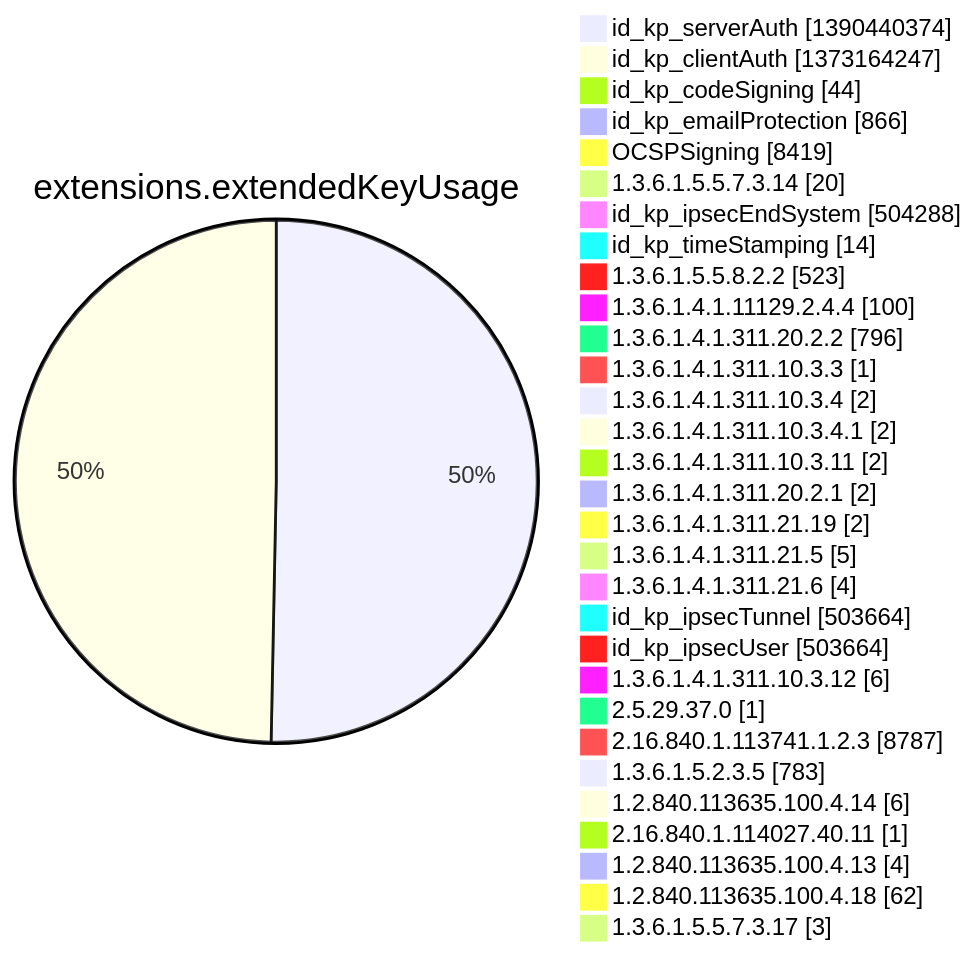
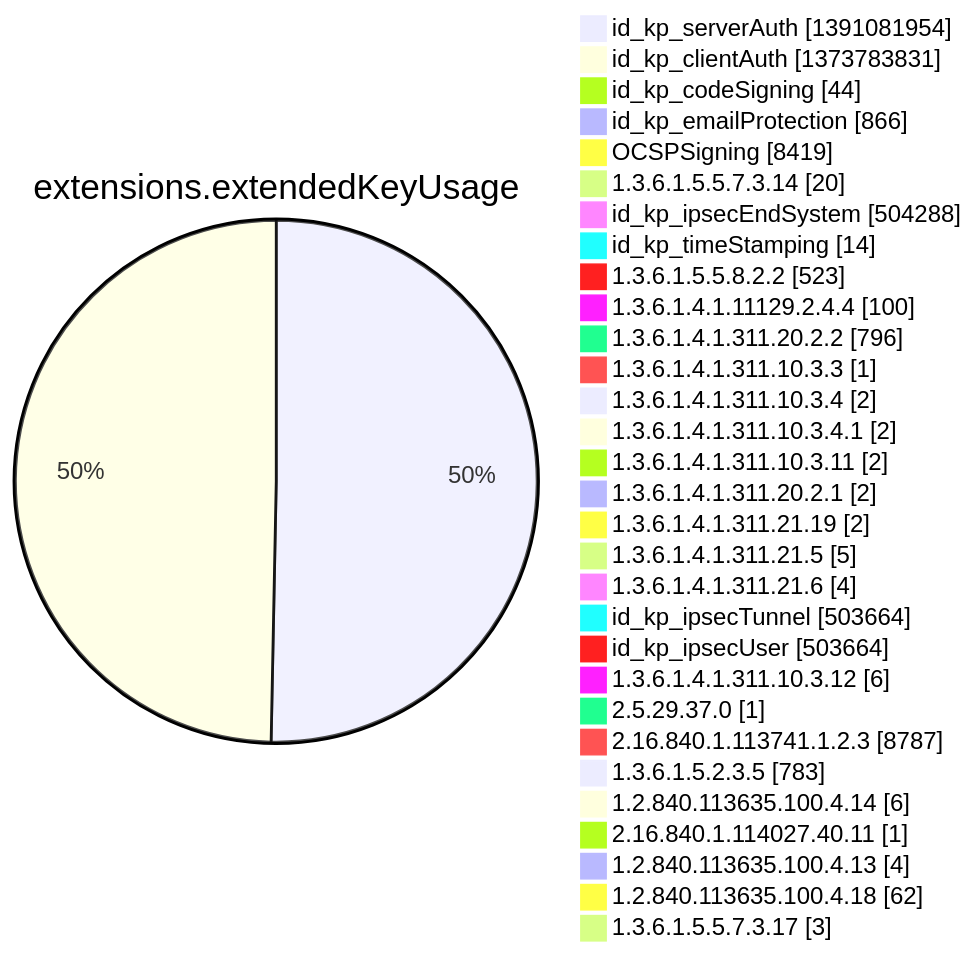
Before and after one commit to christiankrug/ctmonitor_visualization: diagram 12 of 15 in argon2022/README.md, drawn with Mermaid. The commit also changed other lines of this file, not shown here.

````diff
--- a/argon2022/README.md
+++ b/argon2022/README.md
@@ -3554,34 +3554,34 @@
 ```mermaid
 pie showData
 title extensions.extendedKeyUsage
-"id_kp_serverAuth" :1390440374
-"id_kp_clientAuth" :1373164247
+"id_kp_serverAuth" :1391081954
+"id_kp_clientAuth" :1373783831
 "id_kp_codeSigning" :44
 "id_kp_emailProtection" :866
 "OCSPSigning" :8419
 "1.3.6.1.5.5.7.3.14" :20
 "id_kp_ipsecEndSystem" :504288
 "id_kp_timeStamping" :14
 "1.3.6.1.5.5.8.2.2" :523
 "1.3.6.1.4.1.11129.2.4.4" :100
 "1.3.6.1.4.1.311.20.2.2" :796
 "1.3.6.1.4.1.311.10.3.3" :1
 "1.3.6.1.4.1.311.10.3.4" :2
 "1.3.6.1.4.1.311.10.3.4.1" :2
 "1.3.6.1.4.1.311.10.3.11" :2
 "1.3.6.1.4.1.311.20.2.1" :2
 "1.3.6.1.4.1.311.21.19" :2
 "1.3.6.1.4.1.311.21.5" :5
 "1.3.6.1.4.1.311.21.6" :4
 "id_kp_ipsecTunnel" :503664
 "id_kp_ipsecUser" :503664
 "1.3.6.1.4.1.311.10.3.12" :6
 "2.5.29.37.0" :1
 "2.16.840.1.113741.1.2.3" :8787
 "1.3.6.1.5.2.3.5" :783
 "1.2.840.113635.100.4.14" :6
 "2.16.840.1.114027.40.11" :1
 "1.2.840.113635.100.4.13" :4
 "1.2.840.113635.100.4.18" :62
 "1.3.6.1.5.5.7.3.17" :3
 ```
````
